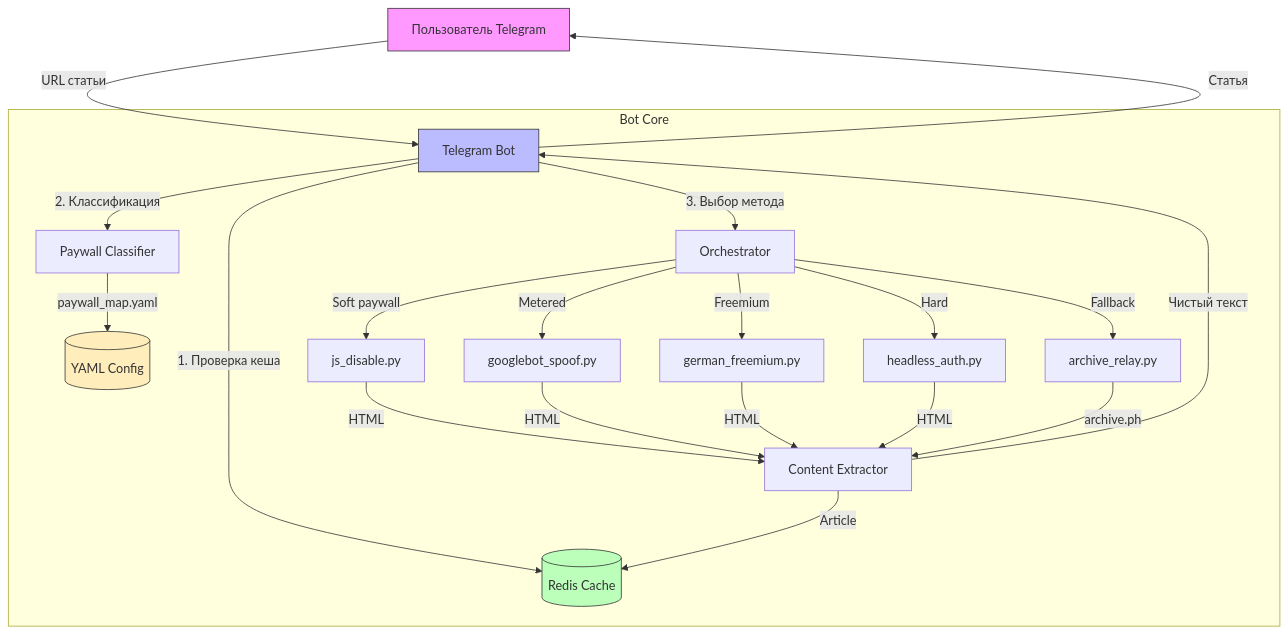
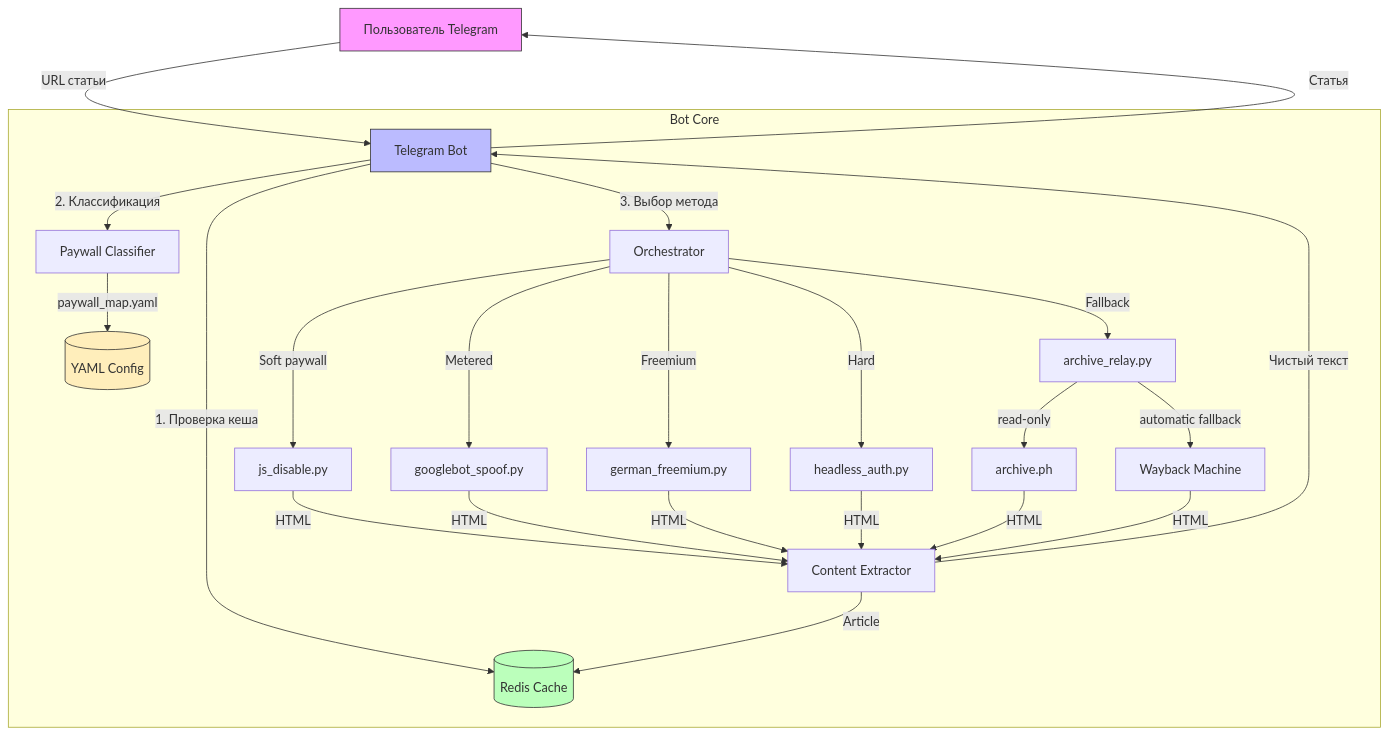
The diagram in docs/architecture.mermaid (anfixit/unpaywallbot), drawn with Mermaid before and after one commit. The commit also changed 9 other files, not shown here.

Commit message:
feat(archive): fall back to Wayback on challenges (#30)

```diff
--- a/docs/architecture.mermaid
+++ b/docs/architecture.mermaid
@@ -1,28 +1,30 @@
 graph TD
     User[Пользователь Telegram] -->|URL статьи| Bot[Telegram Bot]
 
     subgraph "Bot Core"
         Bot -->|1. Проверка кеша| Cache[(Redis Cache)]
         Bot -->|2. Классификация| Classifier[Paywall Classifier]
         Classifier -->|paywall_map.yaml| Config[(YAML Config)]
 
         Bot -->|3. Выбор метода| Orchestrator[Orchestrator]
 
         Orchestrator -->|Soft paywall| JS[js_disable.py]
         Orchestrator -->|Metered| Google[googlebot_spoof.py]
         Orchestrator -->|Freemium| German[german_freemium.py]
         Orchestrator -->|Hard| Headless[headless_auth.py]
         Orchestrator -->|Fallback| Archive[archive_relay.py]
 
         JS & Google & German & Headless -->|HTML| Extractor[Content Extractor]
-        Archive -->|archive.ph| Extractor
+        Archive -->|read-only| ArchiveToday[archive.ph]
+        Archive -->|automatic fallback| Wayback[Wayback Machine]
+        ArchiveToday & Wayback -->|HTML| Extractor
     end
 
     Extractor -->|Article| Cache
     Extractor -->|Чистый текст| Bot
     Bot -->|Статья| User
 
     style User fill:#f9f,stroke:#333
     style Bot fill:#bbf,stroke:#333
     style Cache fill:#bfb,stroke:#333
     style Config fill:#feb,stroke:#333
```
